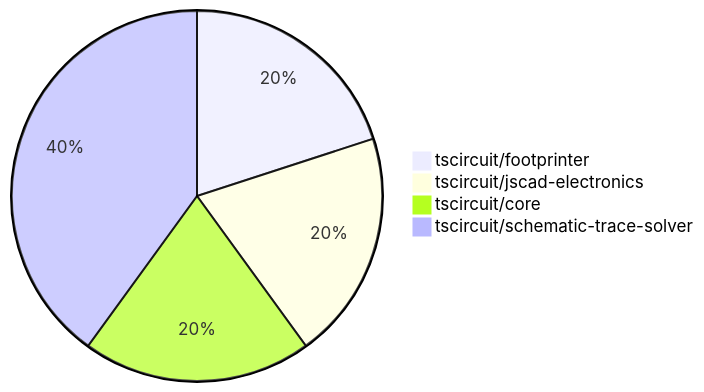
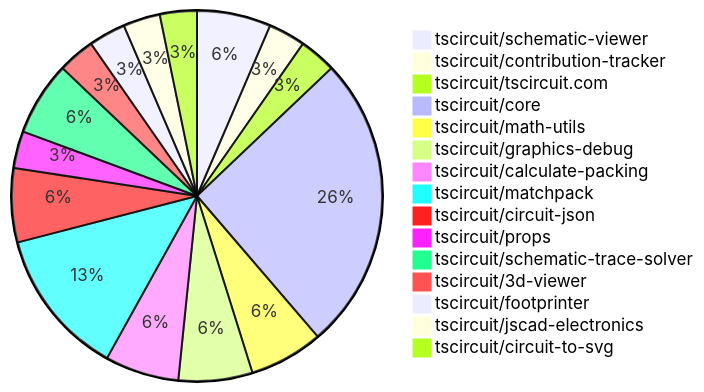
The first of 2 diagrams in contribution-overviews/2025-09-03.md (tscircuit/contribution-tracker), drawn with Mermaid before and after one commit. The commit also changed other lines of this file and 3 other files, not shown here.

````diff
--- a/contribution-overviews/2025-09-03.md
+++ b/contribution-overviews/2025-09-03.md
@@ -5,7 +5,18 @@
 ```mermaid
 pie
+    "tscircuit/schematic-viewer" : 2
+    "tscircuit/contribution-tracker" : 1
+    "tscircuit/tscircuit.com" : 1
+    "tscircuit/core" : 8
+    "tscircuit/math-utils" : 2
+    "tscircuit/graphics-debug" : 2
+    "tscircuit/calculate-packing" : 2
+    "tscircuit/matchpack" : 4
+    "tscircuit/circuit-json" : 2
+    "tscircuit/props" : 1
+    "tscircuit/schematic-trace-solver" : 2
+    "tscircuit/3d-viewer" : 1
     "tscircuit/footprinter" : 1
     "tscircuit/jscad-electronics" : 1
-    "tscircuit/core" : 1
-    "tscircuit/schematic-trace-solver" : 2
+    "tscircuit/circuit-to-svg" : 1
 ```
````
